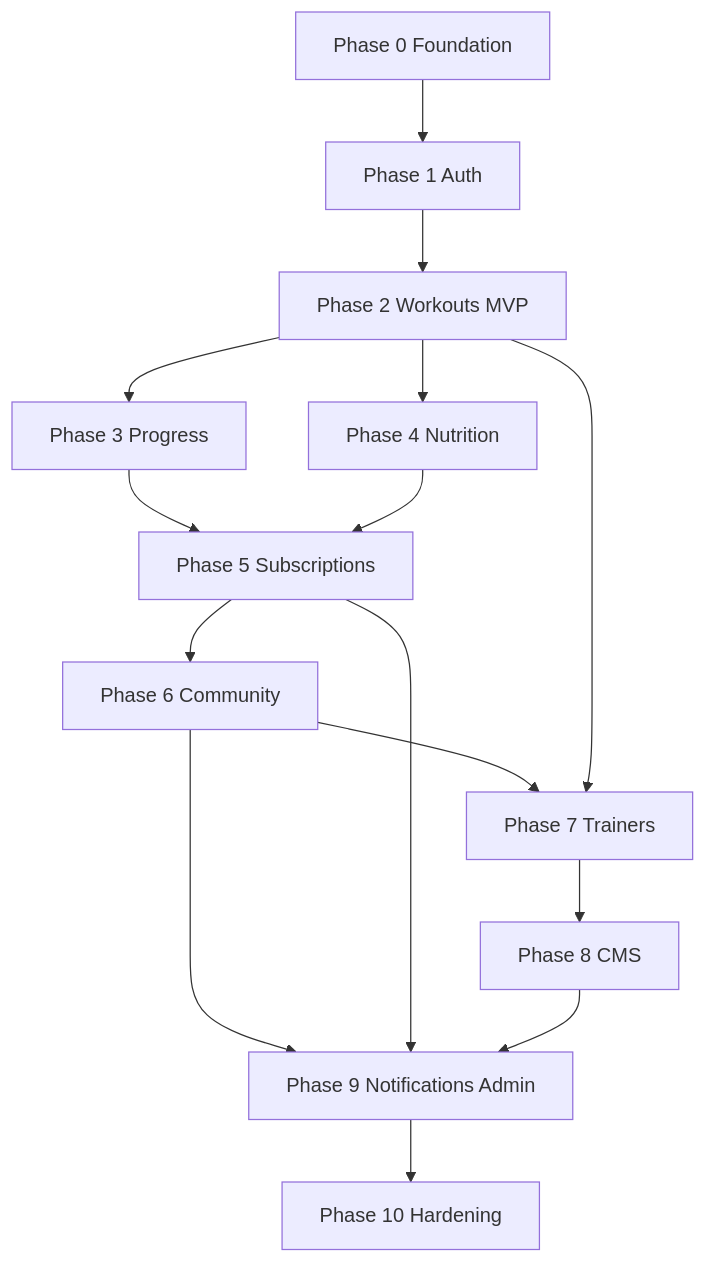
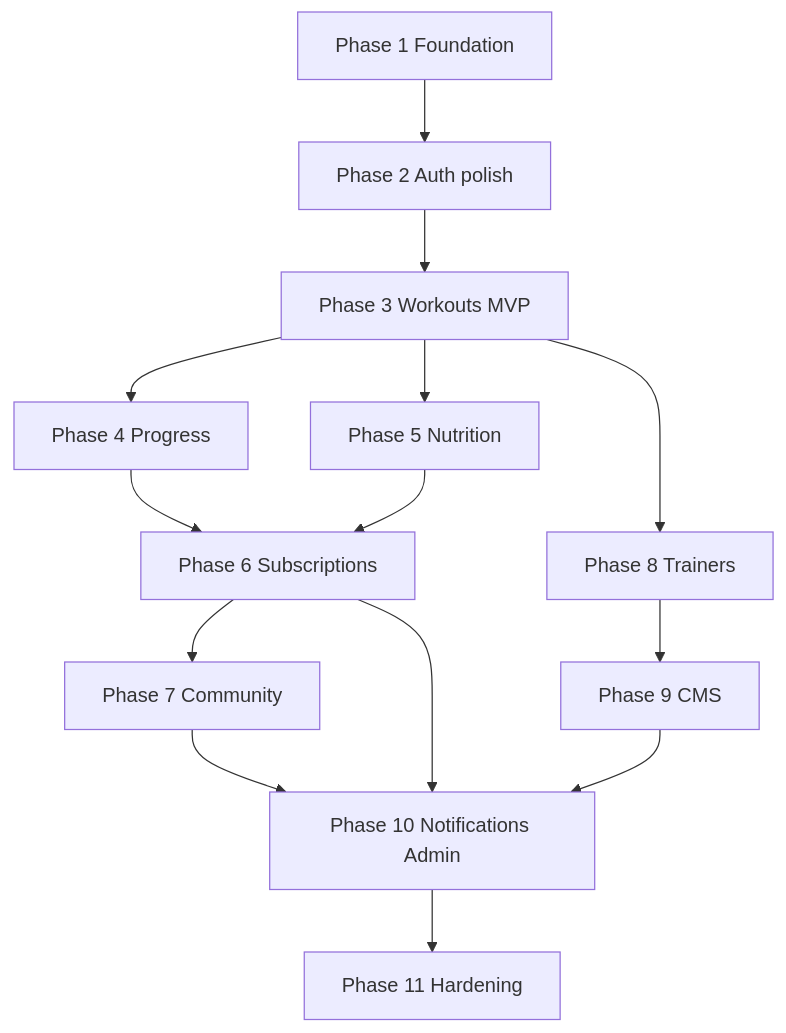
The diagram in specs/roadmap.md (Vidyasagar214/fitsprint), drawn with Mermaid before and after one commit. The commit also changed other lines of this file and 148 other files, not shown here.

````diff
--- a/specs/roadmap.md
+++ b/specs/roadmap.md
@@ -223,28 +245,27 @@
 ```mermaid
 flowchart TB
-  P0[Phase 0 Foundation]
-  P1[Phase 1 Auth]
-  P2[Phase 2 Workouts MVP]
-  P3[Phase 3 Progress]
-  P4[Phase 4 Nutrition]
-  P5[Phase 5 Subscriptions]
-  P6[Phase 6 Community]
-  P7[Phase 7 Trainers]
-  P8[Phase 8 CMS]
-  P9[Phase 9 Notifications Admin]
-  P10[Phase 10 Hardening]
+  P1[Phase 1 Foundation]
+  P2[Phase 2 Auth polish]
+  P3[Phase 3 Workouts MVP]
+  P4[Phase 4 Progress]
+  P5[Phase 5 Nutrition]
+  P6[Phase 6 Subscriptions]
+  P7[Phase 7 Community]
+  P8[Phase 8 Trainers]
+  P9[Phase 9 CMS]
+  P10[Phase 10 Notifications Admin]
+  P11[Phase 11 Hardening]
 
-  P0 --> P1 --> P2
-  P2 --> P3
-  P2 --> P4
+  P1 --> P2 --> P3
+  P3 --> P4
   P3 --> P5
-  P4 --> P5
+  P4 --> P6
   P5 --> P6
   P6 --> P7
-  P2 --> P7
-  P7 --> P8
-  P6 --> P9
-  P5 --> P9
+  P3 --> P8
   P8 --> P9
+  P7 --> P10
+  P6 --> P10
   P9 --> P10
+  P10 --> P11
 ```
````
